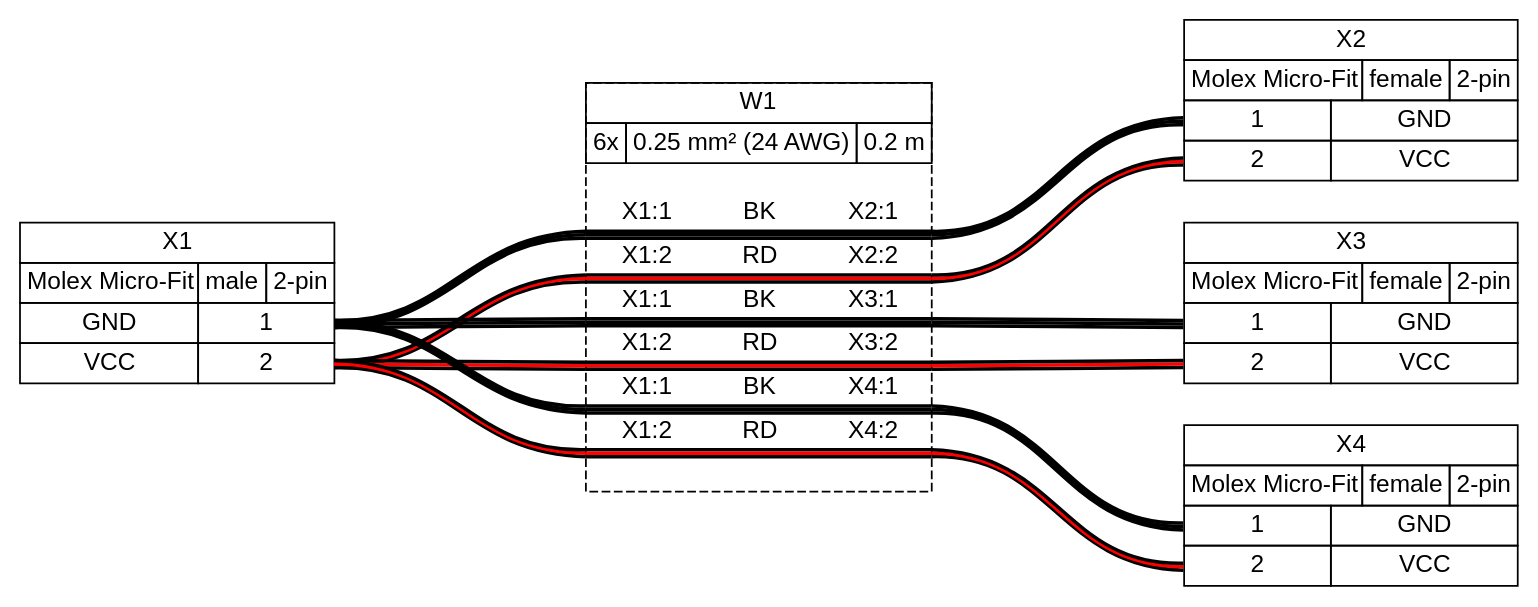
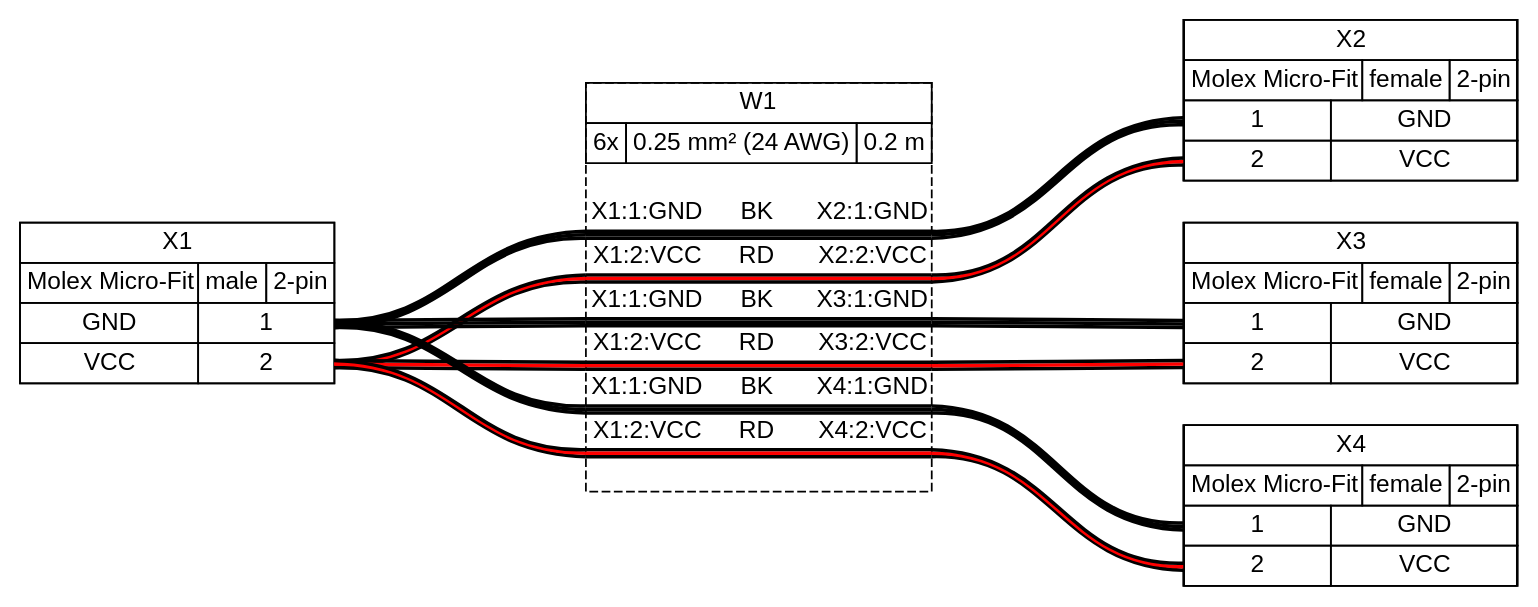
The diagram in examples/ex03.gv (thestumbler/cables-with-wireviz), drawn with Graphviz before and after one commit. The commit also changed 93 other files, not shown here.

```diff
--- a/examples/ex03.gv
+++ b/examples/ex03.gv
@@ -1,8 +1,8 @@
 graph {
-// Graph generated by WireViz 0.2
-// https://github.com/formatc1702/WireViz
-	graph [bgcolor=white fontname=arial nodesep=0.33 rankdir=LR ranksep=2]
-	node [fillcolor=white fontname=arial shape=record style=filled]
+// Graph generated by WireViz 0.4.1
+// https://github.com/wireviz/WireViz
+	graph [bgcolor="#FFFFFF" fontname=arial nodesep=0.33 rankdir=LR ranksep=2]
+	node [fillcolor="#FFFFFF" fontname=arial height=0 margin=0 shape=none style=filled width=0]
 	edge [fontname=arial style=bold]
 	X1 [label=<
 <table border="0" cellspacing="0" cellpadding="0">
@@ -31,7 +31,7 @@
   </table>
  </td></tr>
 </table>
-> fillcolor=white margin=0 shape=none style=filled]
+> fillcolor="#FFFFFF" shape=box style=filled]
 	X2 [label=<
 <table border="0" cellspacing="0" cellpadding="0">
  <tr><td>
@@ -59,7 +59,7 @@
   </table>
  </td></tr>
 </table>
-> fillcolor=white margin=0 shape=none style=filled]
+> fillcolor="#FFFFFF" shape=box style=filled]
 	X3 [label=<
 <table border="0" cellspacing="0" cellpadding="0">
  <tr><td>
@@ -87,7 +87,7 @@
   </table>
  </td></tr>
 </table>
-> fillcolor=white margin=0 shape=none style=filled]
+> fillcolor="#FFFFFF" shape=box style=filled]
 	X4 [label=<
 <table border="0" cellspacing="0" cellpadding="0">
  <tr><td>
@@ -115,7 +115,7 @@
   </table>
  </td></tr>
 </table>
-> fillcolor=white margin=0 shape=none style=filled]
+> fillcolor="#FFFFFF" shape=box style=filled]
 	edge [color="#000000:#000000:#000000"]
 	X1:p1r:e -- W1:w1:w
 	W1:w1:e -- X2:p1l:w
@@ -152,9 +152,11 @@
   <table border="0" cellspacing="0" cellborder="0">
    <tr><td>&nbsp;</td></tr>
    <tr>
-    <td>X1:1</td>
-    <td>BK</td>
-    <td>X2:1</td>
+    <td>X1:1:GND</td>
+    <td>
+     BK
+    </td>
+    <td>X2:1:GND</td>
    </tr>
    <tr>
     <td colspan="3" border="0" cellspacing="0" cellpadding="0" port="w1" height="6">
@@ -166,9 +168,11 @@
     </td>
    </tr>
    <tr>
-    <td>X1:2</td>
-    <td>RD</td>
-    <td>X2:2</td>
+    <td>X1:2:VCC</td>
+    <td>
+     RD
+    </td>
+    <td>X2:2:VCC</td>
    </tr>
    <tr>
     <td colspan="3" border="0" cellspacing="0" cellpadding="0" port="w2" height="6">
@@ -180,9 +184,11 @@
     </td>
    </tr>
    <tr>
-    <td>X1:1</td>
-    <td>BK</td>
-    <td>X3:1</td>
+    <td>X1:1:GND</td>
+    <td>
+     BK
+    </td>
+    <td>X3:1:GND</td>
    </tr>
    <tr>
     <td colspan="3" border="0" cellspacing="0" cellpadding="0" port="w3" height="6">
@@ -194,9 +200,11 @@
     </td>
    </tr>
    <tr>
-    <td>X1:2</td>
-    <td>RD</td>
-    <td>X3:2</td>
+    <td>X1:2:VCC</td>
+    <td>
+     RD
+    </td>
+    <td>X3:2:VCC</td>
    </tr>
    <tr>
     <td colspan="3" border="0" cellspacing="0" cellpadding="0" port="w4" height="6">
@@ -208,9 +216,11 @@
     </td>
    </tr>
    <tr>
-    <td>X1:1</td>
-    <td>BK</td>
-    <td>X4:1</td>
+    <td>X1:1:GND</td>
+    <td>
+     BK
+    </td>
+    <td>X4:1:GND</td>
    </tr>
    <tr>
     <td colspan="3" border="0" cellspacing="0" cellpadding="0" port="w5" height="6">
@@ -222,9 +232,11 @@
     </td>
    </tr>
    <tr>
-    <td>X1:2</td>
-    <td>RD</td>
-    <td>X4:2</td>
+    <td>X1:2:VCC</td>
+    <td>
+     RD
+    </td>
+    <td>X4:2:VCC</td>
    </tr>
    <tr>
     <td colspan="3" border="0" cellspacing="0" cellpadding="0" port="w6" height="6">
@@ -239,5 +251,5 @@
   </table>
  </td></tr>
 </table>
-> fillcolor=white margin=0 shape=box style="filled,dashed"]
+> fillcolor="#FFFFFF" shape=box style="filled,dashed"]
 }
```
